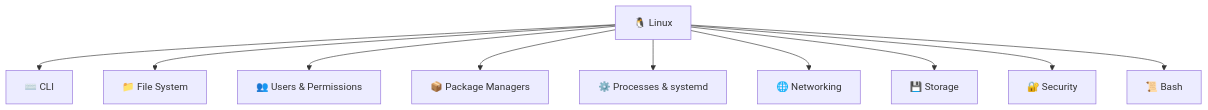
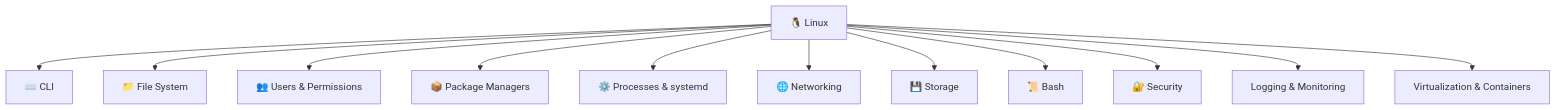
Before and after one commit to b-ShakeriFard/dev-ops: the diagram in 01-Linux/README.md, drawn with Mermaid.

Commit message:
Add Security, Logging, and Virtualization sections

````diff
--- a/01-Linux/README.md
+++ b/01-Linux/README.md
@@ -9,16 +9,18 @@
 ```mermaid
 flowchart TB
 
     LINUX["🐧 Linux"]
 
     LINUX --> CLI["⌨️ CLI"]
     LINUX --> FS["📁 File System"]
     LINUX --> USERS["👥 Users & Permissions"]
     LINUX --> PKG["📦 Package Managers"]
     LINUX --> PROC["⚙️ Processes & systemd"]
     LINUX --> NET["🌐 Networking"]
     LINUX --> STORAGE["💾 Storage"]
+    LINUX --> SCRIPT["📜 Bash"]
     LINUX --> SEC["🔐 Security"]
-    LINUX --> SCRIPT["📜 Bash"]
+    LINUX --> LOG["Logging & Monitoring"]
+    LINUX --> VIRT["Virtualization & Containers"]
 
 ```
````
